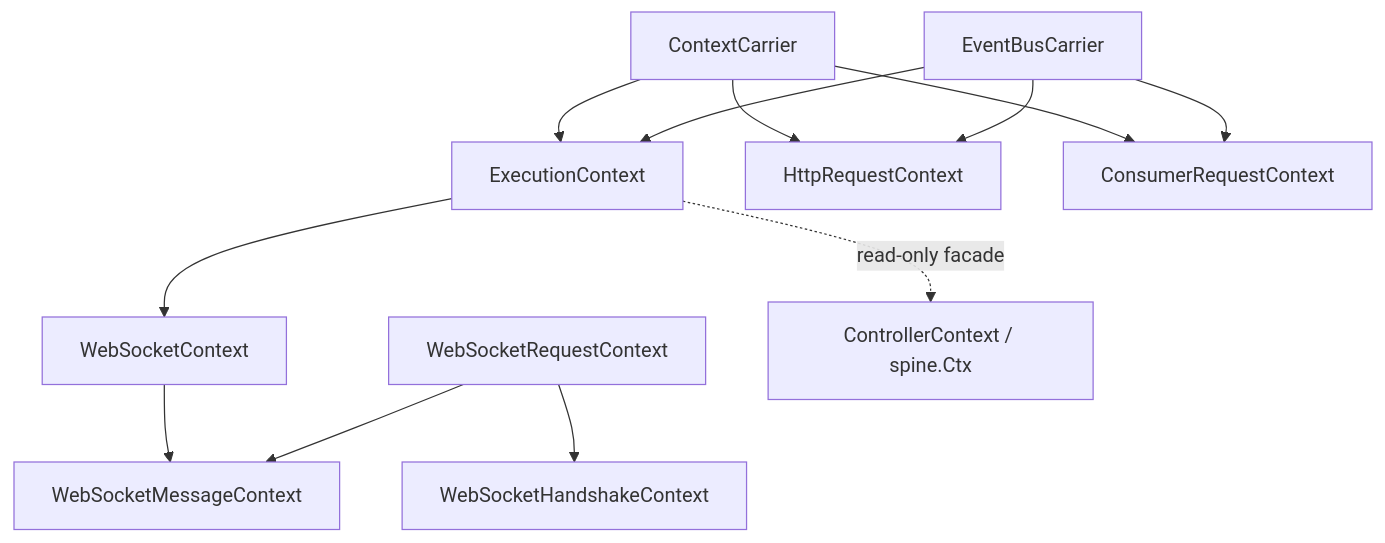
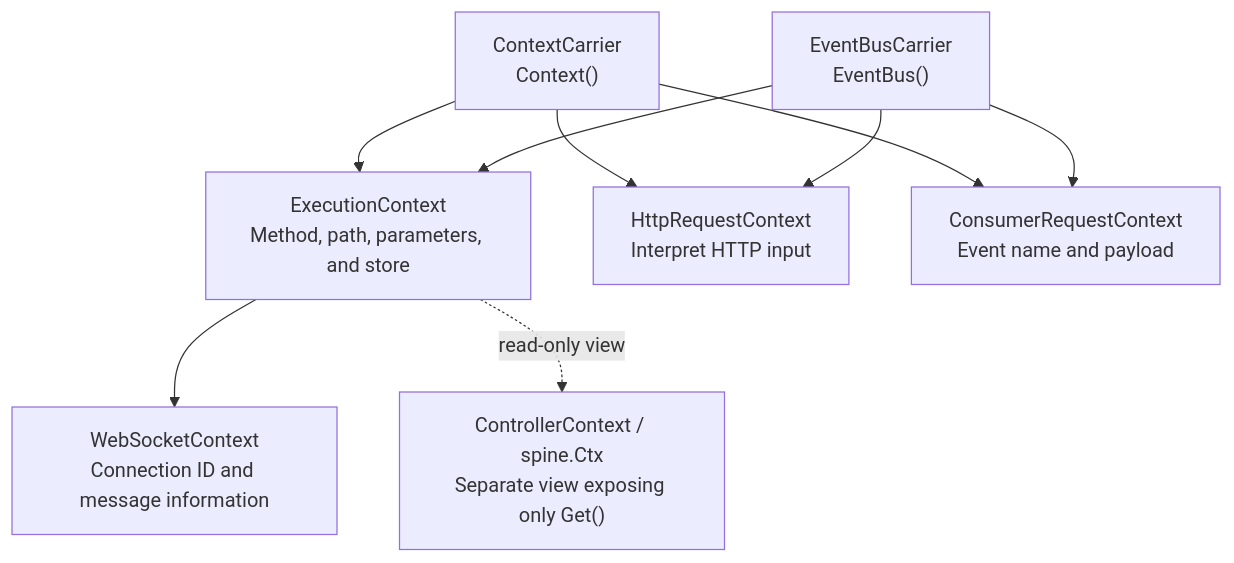
One commit to NARUBROWN/spine-site changed the diagram in docs/en/learn/core-concepts/execution-context.md. Above: the diagram before and after it, drawn with Mermaid. The commit also changed other lines of this file and 158 other files, not shown here.

````diff
--- a/docs/en/learn/core-concepts/execution-context.md
+++ b/docs/en/learn/core-concepts/execution-context.md
@@ -9,14 +31,19 @@
 ```mermaid
-flowchart TD
-    Carrier["ContextCarrier"] --> Execution["ExecutionContext"]
-    Bus["EventBusCarrier"] --> Execution
-    Carrier --> HTTP["HttpRequestContext"]
+graph TD
+    Base["ContextCarrier<br>Context()"]
+    Bus["EventBusCarrier<br>EventBus()"]
+    Execution["ExecutionContext<br>Method, path, parameters, and store"]
+    HTTP["HttpRequestContext<br>Interpret HTTP input"]
+    Consumer["ConsumerRequestContext<br>Event name and payload"]
+    WS["WebSocketContext<br>Connection ID and message information"]
+    View["ControllerContext / spine.Ctx<br>Separate view exposing only Get()"]
+
+    Base --> Execution
+    Bus --> Execution
+    Base --> HTTP
     Bus --> HTTP
-    Carrier --> Consumer["ConsumerRequestContext"]
+    Base --> Consumer
     Bus --> Consumer
-    Execution --> WS["WebSocketContext"]
-    WS --> WSMessage["WebSocketMessageContext"]
-    WSRequest["WebSocketRequestContext"] --> WSMessage
-    WSRequest --> WSHandshake["WebSocketHandshakeContext"]
-    Execution -. "read-only facade" .-> Controller["ControllerContext / spine.Ctx"]
+    Execution --> WS
+    Execution -. read-only view .-> View
 ```
````
